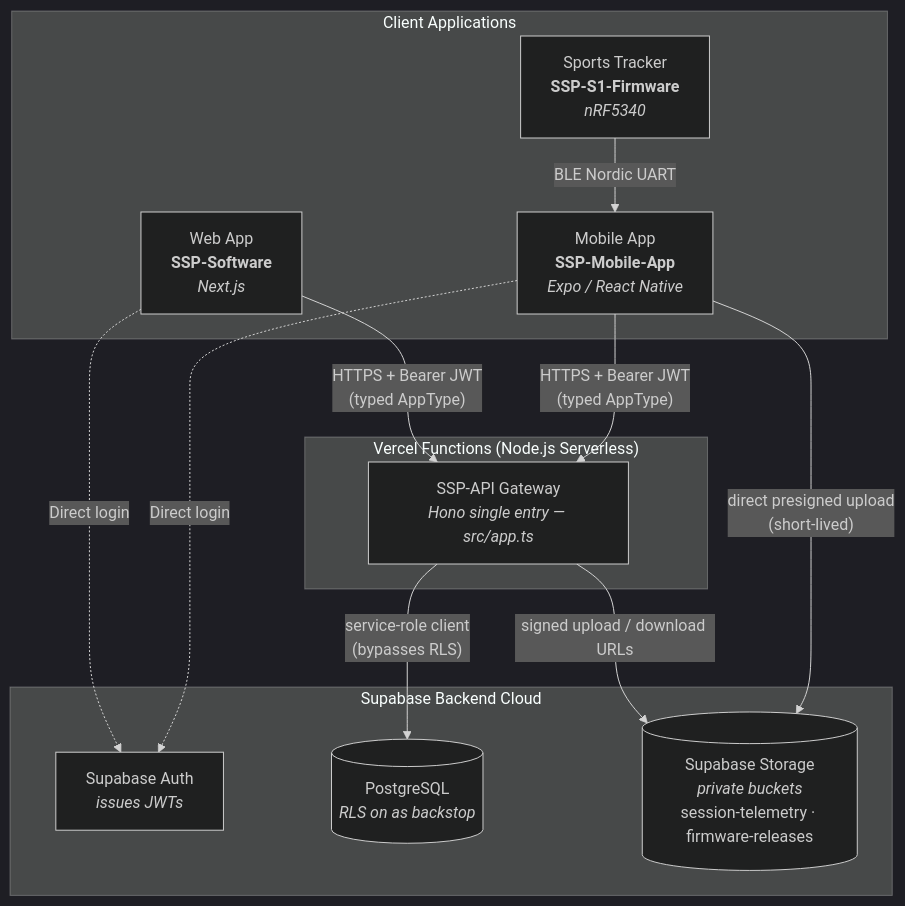
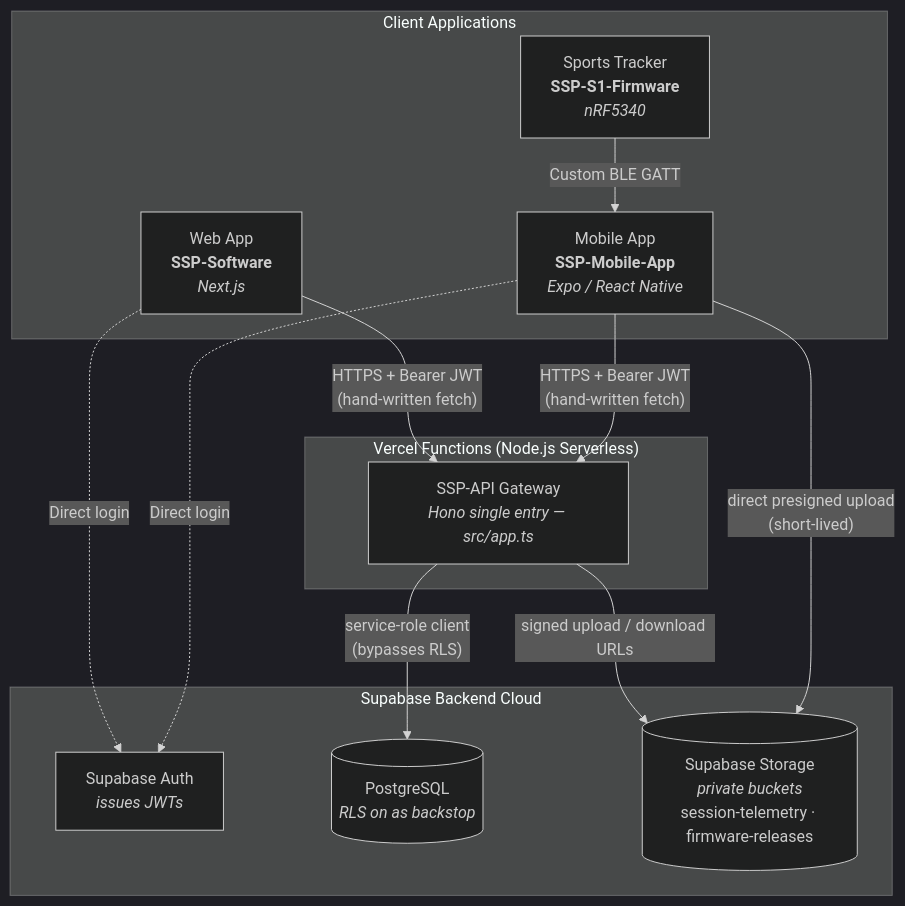
The first of 2 diagrams in docs/projects/backend/architecture.md (IzandlaSystem/SSP-Documentation), drawn with Mermaid (dark theme) before and after one commit. The commit also changed other lines of this file and 37 other files, not shown here.

````diff
--- a/docs/projects/backend/architecture.md
+++ b/docs/projects/backend/architecture.md
@@ -11,29 +11,29 @@
 ```mermaid
 flowchart TB
     subgraph Clients["Client Applications"]
         Web["Web App<br/><b>SSP-Software</b><br/><i>Next.js</i>"]
         Mobile["Mobile App<br/><b>SSP-Mobile-App</b><br/><i>Expo / React Native</i>"]
         Hardware["Sports Tracker<br/><b>SSP-S1-Firmware</b><br/><i>nRF5340</i>"]
     end
 
     subgraph Edge["Vercel Functions (Node.js Serverless)"]
         Gateway["SSP-API Gateway<br/><i>Hono single entry — src/app.ts</i>"]
     end
 
     subgraph Cloud["Supabase Backend Cloud"]
         SupabaseAuth["Supabase Auth<br/><i>issues JWTs</i>"]
         Postgres[("PostgreSQL<br/><i>RLS on as backstop</i>")]
         Storage[("Supabase Storage<br/><i>private buckets</i><br/>session-telemetry · firmware-releases")]
     end
 
-    Web -->|"HTTPS + Bearer JWT<br/>(typed AppType)"| Gateway
-    Mobile -->|"HTTPS + Bearer JWT<br/>(typed AppType)"| Gateway
-    Hardware -->|"BLE Nordic UART"| Mobile
+    Web -->|"HTTPS + Bearer JWT<br/>(hand-written fetch)"| Gateway
+    Mobile -->|"HTTPS + Bearer JWT<br/>(hand-written fetch)"| Gateway
+    Hardware -->|"Custom BLE GATT"| Mobile
 
     Web -.->|"Direct login"| SupabaseAuth
     Mobile -.->|"Direct login"| SupabaseAuth
 
     Gateway -->|"service-role client<br/>(bypasses RLS)"| Postgres
     Gateway -->|"signed upload / download URLs"| Storage
     Mobile -->|"direct presigned upload<br/>(short-lived)"| Storage
 ```
````
